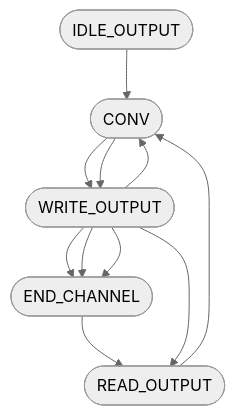
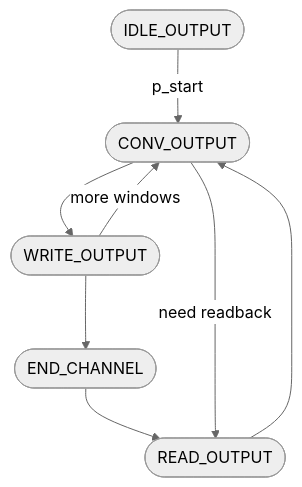
The second of 2 diagrams in rtl/control-sum/README.md (tarsioonofrio/FastConv_SystemVerilog), drawn with Mermaid (neutral theme) before and after one commit. The commit also changed other lines of this file and 1 other file, not shown here.

````diff
--- a/rtl/control-sum/README.md
+++ b/rtl/control-sum/README.md
@@ -75,7 +86,6 @@
 ```mermaid
 flowchart TB
-    I(["IDLE_OUTPUT"]) --> C(["CONV"]) --> W(["WRITE_OUTPUT"]) --> E(["END_CHANNEL"]) --> R(["READ_OUTPUT"]) --> C(["CONV"]) --> W(["WRITE_OUTPUT"]) --> E(["END_CHANNEL"])
-    W --> C
-    W --> R
-    W --> E
+    I(["IDLE_OUTPUT"]) --> |"p_start"| C(["CONV_OUTPUT"]) --> W(["WRITE_OUTPUT"]) --> E(["END_CHANNEL"]) --> R(["READ_OUTPUT"]) --> C
+    C --> |"need readback"| R
+    W --> |"more windows"| C
 ```
````
